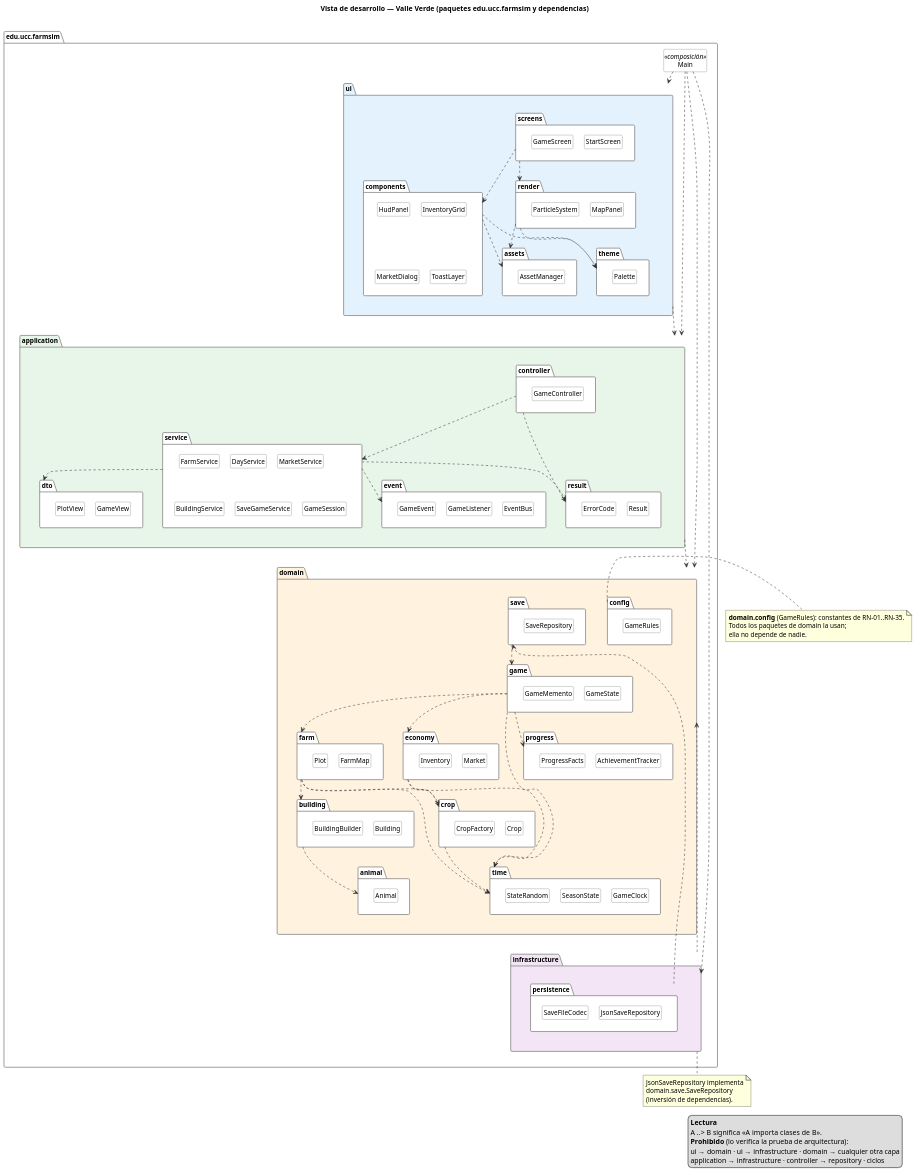
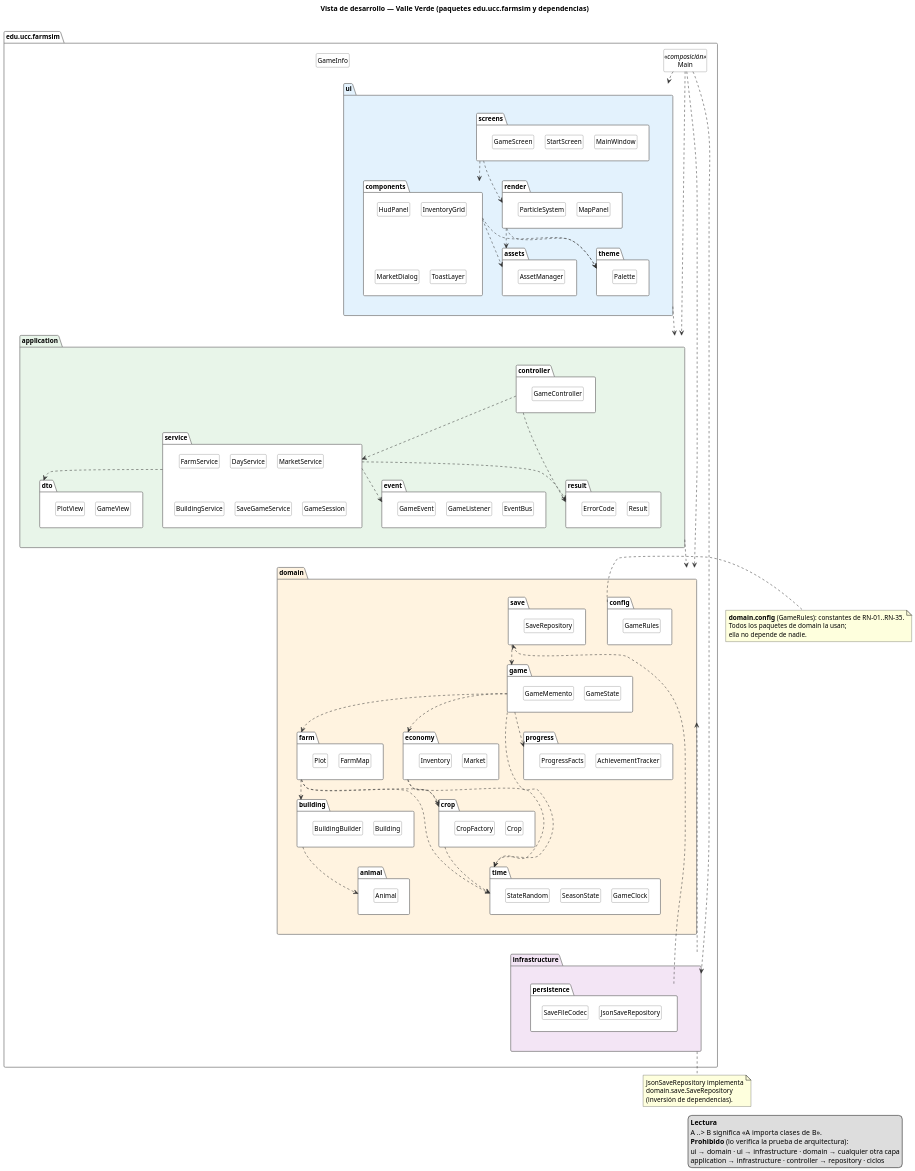
One commit to MarioZaMu/valle-verde changed the diagram in docs/diagramas/04_vista_desarrollo.puml. Above: the diagram before and after it, drawn with PlantUML. The commit also changed 5 other files, not shown here.

Commit message:
docs(architecture): record phase 5.0 results, add Stories Javadoc rule and sync development view

```diff
--- a/docs/diagramas/04_vista_desarrollo.puml
+++ b/docs/diagramas/04_vista_desarrollo.puml
@@ -33,9 +33,11 @@
 package "edu.ucc.farmsim" as ROOT #FFFFFF {
 
   class Main <<composición>>
+  class GameInfo
 
   package "ui" as UI #E3F2FD {
     package "screens" as UI_SCR #FFFFFF {
+      class MainWindow
       class StartScreen
       class GameScreen
     }
```
